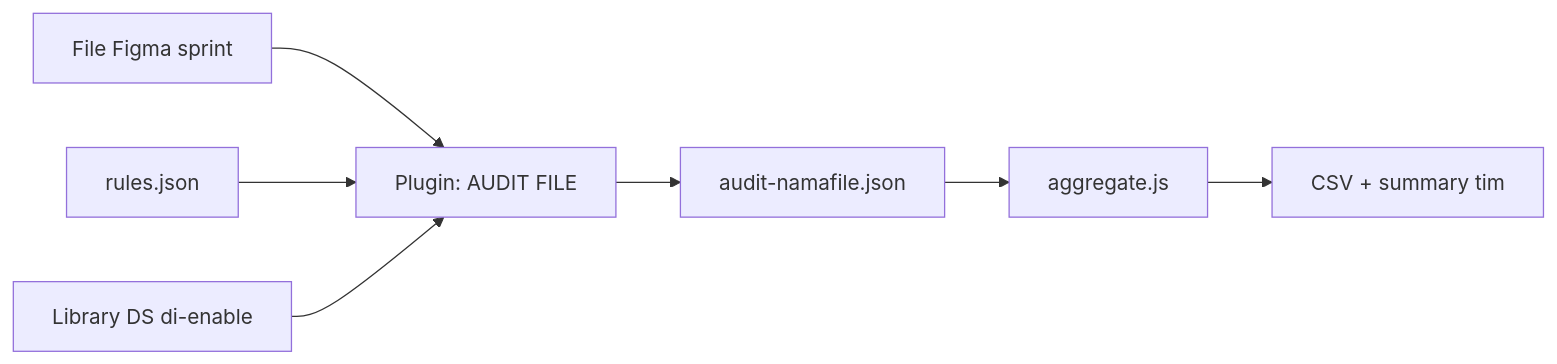
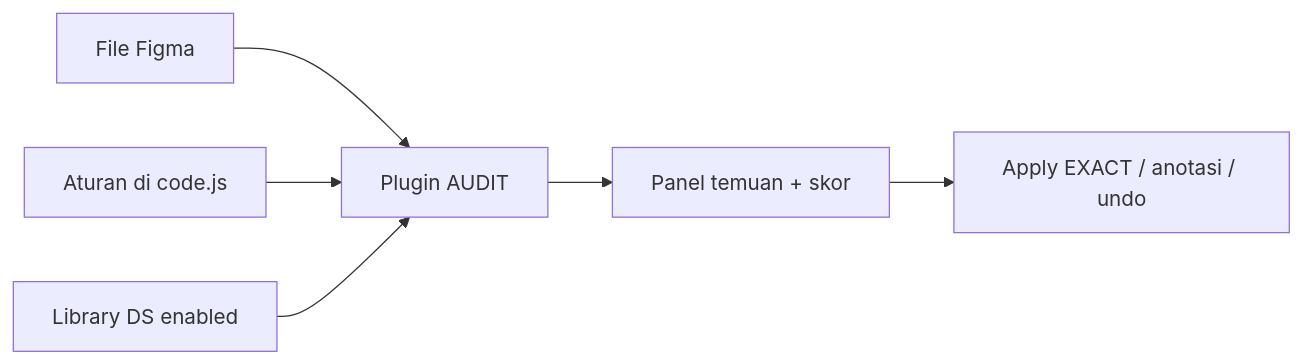
One commit to sapikkk/design-audit-sawitpro changed the diagram in README.md. Above: the diagram before and after it, drawn with Mermaid. The commit also changed other lines of this file and 7 other files, not shown here.

````diff
--- a/README.md
+++ b/README.md
@@ -20,9 +20,8 @@
 ```mermaid
 flowchart LR
-  A[File Figma sprint] --> B[Plugin: AUDIT FILE]
-  B --> C[audit-namafile.json]
-  C --> D[aggregate.js]
-  D --> E[CSV + summary tim]
-  R[rules.json] --> B
-  L[Library DS di-enable] --> B
+  A[File Figma] --> B[Plugin AUDIT]
+  B --> C[Panel temuan + skor]
+  C --> D[Apply EXACT / anotasi / undo]
+  R[Aturan di code.js] --> B
+  L[Library DS enabled] --> B
 ```
````
